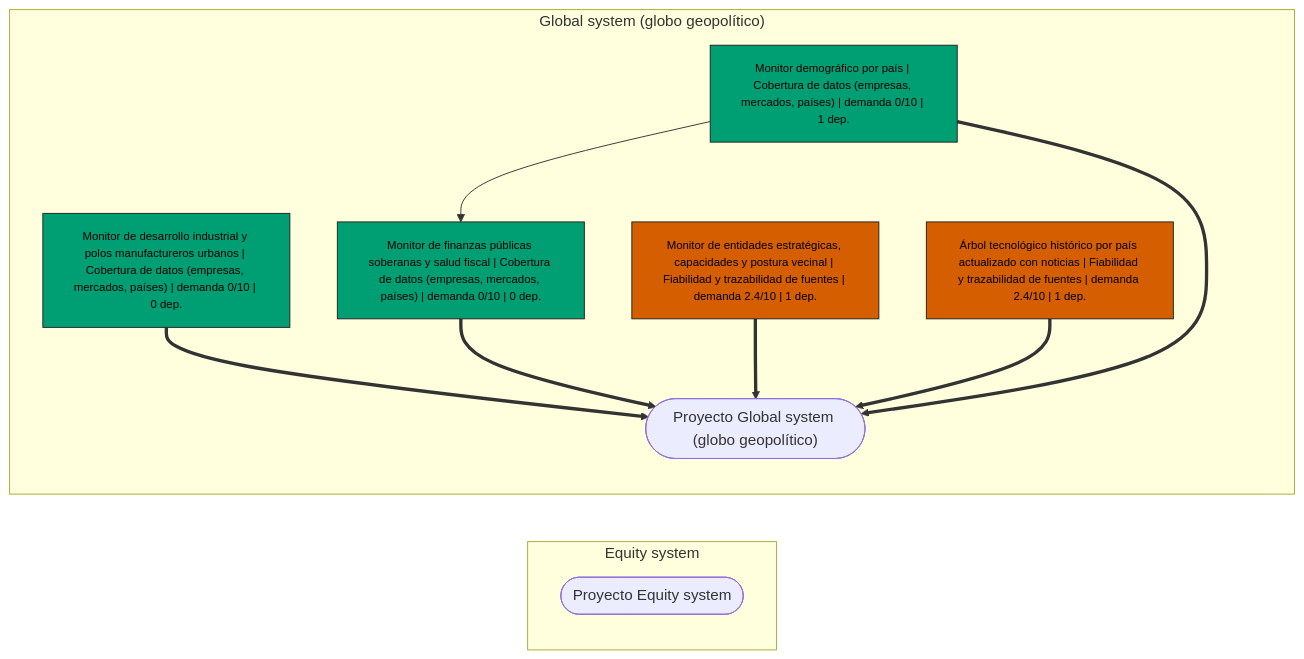
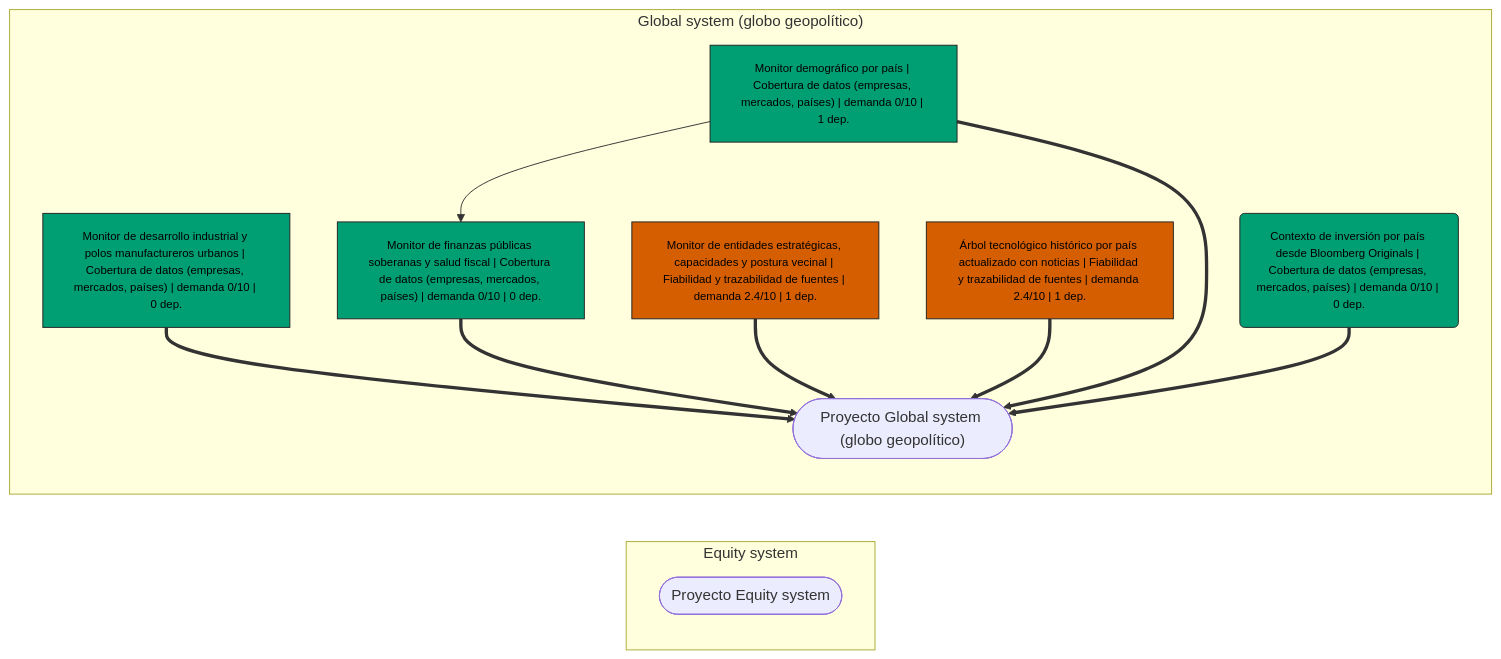
Before and after one commit to GandalfTheGit1/totalwar.live: the diagram in docs/mapa-funcionalidades/figma-salida/mapa.mmd, drawn with Mermaid. The commit also changed 6 other files, not shown here.

First line of the commit message:
docs(funcionalidades): Bloomberg Originals findings and registry updates

```diff
--- a/docs/mapa-funcionalidades/figma-salida/mapa.mmd
+++ b/docs/mapa-funcionalidades/figma-salida/mapa.mmd
@@ -1,27 +1,30 @@
 %% Mapa de funcionalidades. Color = eje de la meta. Forma = estado.
 %% Tamaño = número de dependencias. Línea continua = depende de. La meta no se dibuja como conexión: va en el color y en la etiqueta. Línea gruesa = pertenece al proyecto.
 flowchart LR
     subgraph sec_equity["Equity system"]
         proy_equity(["Proyecto Equity system"])
     end
     subgraph sec_global["Global system (globo geopolítico)"]
         proy_global(["Proyecto Global system (globo geopolítico)"])
         desarrollo_industrial_ciudades["Monitor de desarrollo industrial y polos manufactureros urbanos | Cobertura de datos (empresas, mercados, países) | demanda 0/10 | 0 dep."]
         finanzas_publicas_soberanas["Monitor de finanzas públicas soberanas y salud fiscal | Cobertura de datos (empresas, mercados, países) | demanda 0/10 | 0 dep."]
         entidades_postura_vecinal["Monitor de entidades estratégicas, capacidades y postura vecinal | Fiabilidad y trazabilidad de fuentes | demanda 2.4/10 | 1 dep."]
         arbol_tecnologico_historico["Árbol tecnológico histórico por país actualizado con noticias | Fiabilidad y trazabilidad de fuentes | demanda 2.4/10 | 1 dep."]
         demografia_pais["Monitor demográfico por país | Cobertura de datos (empresas, mercados, países) | demanda 0/10 | 1 dep."]
+        bloomberg_originals_pais("Contexto de inversión por país desde Bloomberg Originals | Cobertura de datos (empresas, mercados, países) | demanda 0/10 | 0 dep.")
     end
     desarrollo_industrial_ciudades ==> proy_global
     finanzas_publicas_soberanas ==> proy_global
     entidades_postura_vecinal ==> proy_global
     arbol_tecnologico_historico ==> proy_global
     demografia_pais ==> proy_global
     demografia_pais --> finanzas_publicas_soberanas
+    bloomberg_originals_pais ==> proy_global
     classDef c_cobertura_S fill:#009E73,stroke:#222,color:#000,font-size:12px
     classDef c_fiabilidad_S fill:#D55E00,stroke:#222,color:#000,font-size:12px
     class desarrollo_industrial_ciudades c_cobertura_S
     class finanzas_publicas_soberanas c_cobertura_S
     class entidades_postura_vecinal c_fiabilidad_S
     class arbol_tecnologico_historico c_fiabilidad_S
     class demografia_pais c_cobertura_S
+    class bloomberg_originals_pais c_cobertura_S
```
